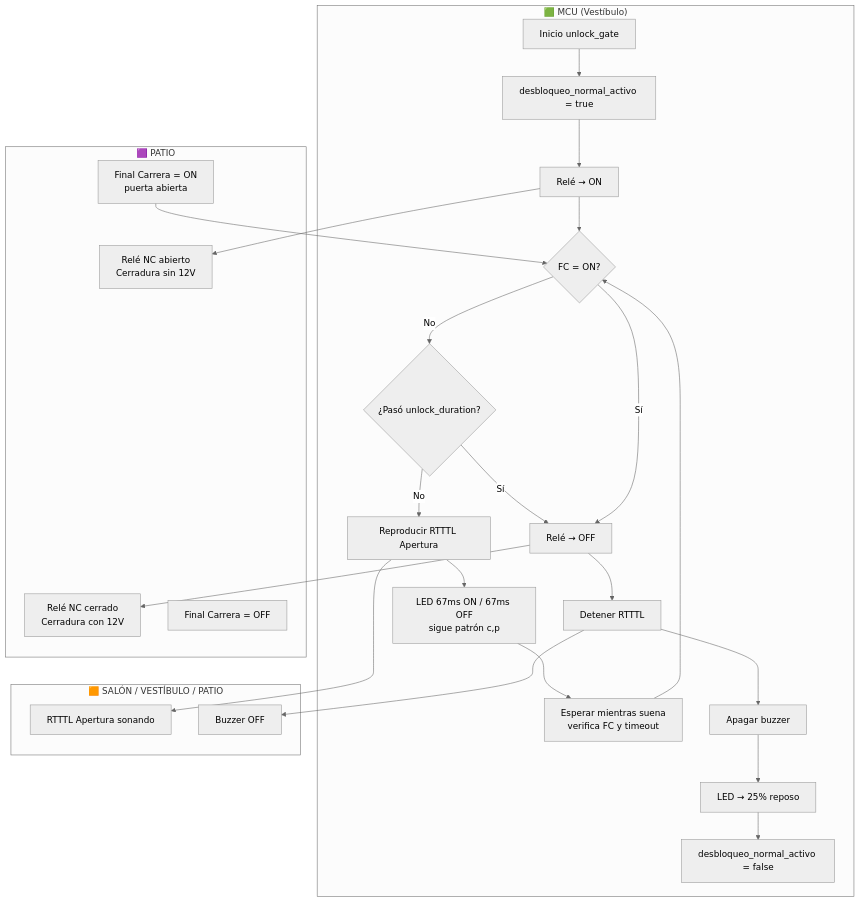
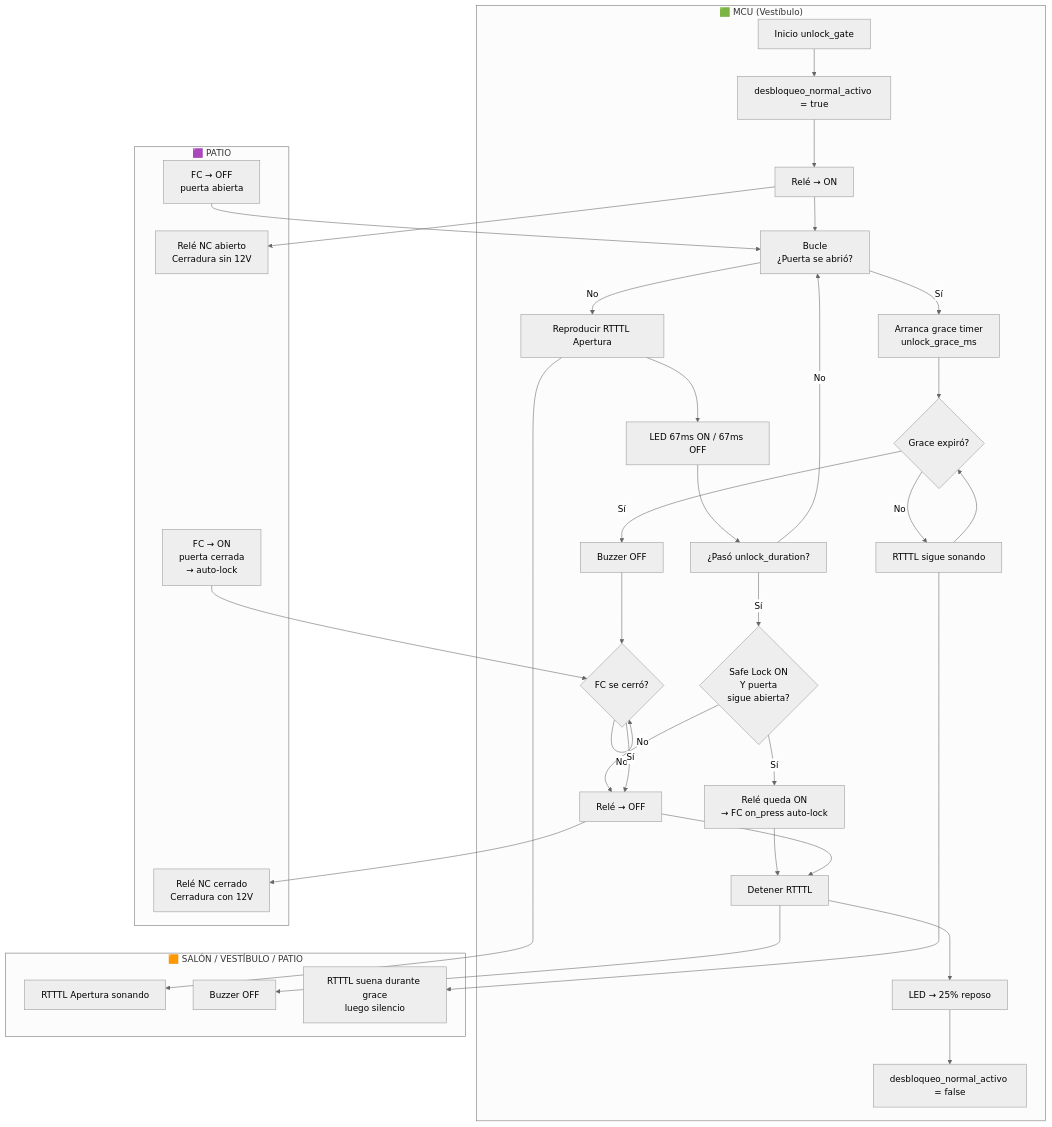
Before and after one commit to abelbour/Abrepuertas: the tenth of 11 diagrams in README.md, drawn with Mermaid (neutral theme). The commit also changed other lines of this file, not shown here.

Commit message:
Doc: unlock_gate, internal_press, safe lock swimlanes y definiciones actualizadas

````diff
--- a/README.md
+++ b/README.md
@@ -647,38 +658,51 @@
 ```mermaid
 flowchart TD
     subgraph MCU["🟩 MCU (Vestíbulo)"]
         START[Inicio unlock_gate]
         START --> FLAG[desbloqueo_normal_activo = true]
         FLAG --> RELAY_ON[Relé → ON]
-        RELAY_ON --> LOOP{FC = ON?}
-        LOOP -- No --> TIMEOUT{"¿Pasó unlock_duration?"}
-        TIMEOUT -- No --> RTTTL[Reproducir RTTTL Apertura]
-        RTTTL --> LEDSEQ[LED 67ms ON / 67ms OFF<br/>sigue patrón c,p]
-        LEDSEQ --> WAIT[Esperar mientras suena<br/>verifica FC y timeout]
-        WAIT --> LOOP
-        TIMEOUT -- Sí --> RELAY_OFF[Relé → OFF]
-        LOOP -- Sí --> RELAY_OFF
-        RELAY_OFF --> STOP[Detener RTTTL]
-        STOP --> BUZZ_OFF[Apagar buzzer]
-        BUZZ_OFF --> LEDREPO[LED → 25% reposo]
+        RELAY_ON --> LOOP["Bucle<br/>¿Puerta se abrió?"]
+        LOOP -- No --> RTTTL[Reproducir RTTTL Apertura]
+        RTTTL --> LEDSEQ[LED 67ms ON / 67ms OFF]
+        LEDSEQ --> CHK_TIMEOUT["¿Pasó unlock_duration?"]
+        CHK_TIMEOUT -- No --> LOOP
+        CHK_TIMEOUT -- Sí --> TOUT{"Safe Lock ON<br/>Y puerta<br/>sigue abierta?"}
+        TOUT -- Sí --> HOLD[Relé queda ON<br/>→ FC on_press auto-lock]
+        TOUT -- No --> LOCK[Relé → OFF]
+
+        LOOP -- Sí --> GRACE[Arranca grace timer<br/>unlock_grace_ms]
+        GRACE --> GRACE_LOOP{"Grace expiró?"}
+        GRACE_LOOP -- No --> KEEP_MELO[RTTTL sigue sonando]
+        KEEP_MELO --> GRACE_LOOP
+        GRACE_LOOP -- Sí --> SILENCE[Buzzer OFF]
+        SILENCE --> WAIT_CLOSE{"FC se cerró?"}
+        WAIT_CLOSE -- No --> WAIT_CLOSE
+        WAIT_CLOSE -- Sí --> LOCK
+
+        HOLD --> STOP[Detener RTTTL]
+        LOCK --> STOP
+        STOP --> LEDREPO[LED → 25% reposo]
         LEDREPO --> UNFLAG[desbloqueo_normal_activo = false]
     end
 
-    subgraph LOCK["🟪 PATIO"]
+    subgraph LOCK_P["🟪 PATIO"]
         RELE[Relé NC abierto<br/>Cerradura sin 12V]
         RELE2[Relé NC cerrado<br/>Cerradura con 12V]
-        FC[Final Carrera = ON<br/>puerta abierta]
-        FC_OFF[Final Carrera = OFF]
+        ABRE[FC → OFF<br/>puerta abierta]
+        CIERRA[FC → ON<br/>puerta cerrada<br/>→ auto-lock]
     end
 
     subgraph PAN["🟧 SALÓN / VESTÍBULO / PATIO"]
         BEEP[RTTTL Apertura sonando]
         SILENCIO[Buzzer OFF]
+        GRACE_SOUND[RTTTL suena durante grace<br/>luego silencio]
     end
 
     RELAY_ON --> RELE
-    RELAY_OFF --> RELE2
-    FC --> LOOP
+    LOCK --> RELE2
+    ABRE --> LOOP
+    CIERRA --> WAIT_CLOSE
     RTTTL --> BEEP
+    KEEP_MELO --> GRACE_SOUND
     STOP --> SILENCIO
 ```
````
